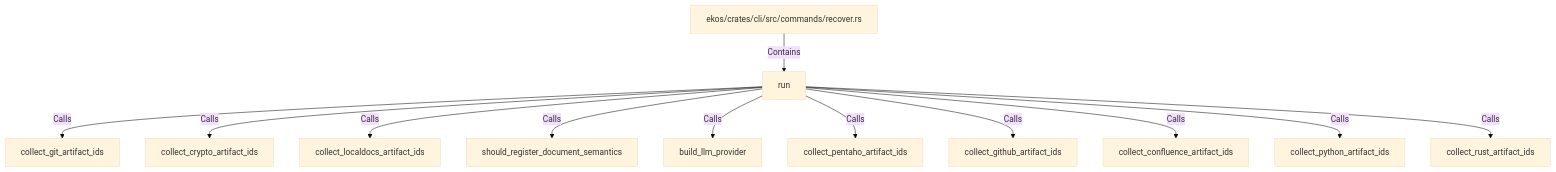
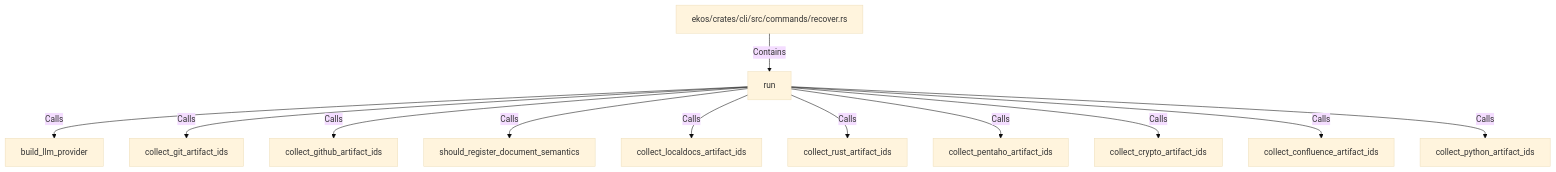
Before and after one commit to alexeyban/EKOS: the diagram in doc/entities/rustsymbol/ru/run-786d5225.md, drawn with Mermaid (base theme). The commit also changed other lines of this file and 552 other files, not shown here.

````diff
--- a/doc/entities/rustsymbol/ru/run-786d5225.md
+++ b/doc/entities/rustsymbol/ru/run-786d5225.md
@@ -30,26 +30,26 @@
 ```mermaid
 graph TD
     n786d52250ff95fff99f92f5d73858f4a["run"]
     n7e02bcf9a7b450998255130d9ef401bb["ekos/crates/cli/src/commands/recover.rs"]
     n7e02bcf9a7b450998255130d9ef401bb -->|Contains| n786d52250ff95fff99f92f5d73858f4a
+    na83c0280990b556cb3750073c876d6af["build_llm_provider"]
+    n786d52250ff95fff99f92f5d73858f4a -->|Calls| na83c0280990b556cb3750073c876d6af
     n56a3b0e71cb15f189df7efc98e4101ea["collect_git_artifact_ids"]
     n786d52250ff95fff99f92f5d73858f4a -->|Calls| n56a3b0e71cb15f189df7efc98e4101ea
+    n0b2fc479d8da54ca969377523aa07f09["collect_github_artifact_ids"]
+    n786d52250ff95fff99f92f5d73858f4a -->|Calls| n0b2fc479d8da54ca969377523aa07f09
+    n474da60918e5510787b2e73fc37fc787["should_register_document_semantics"]
+    n786d52250ff95fff99f92f5d73858f4a -->|Calls| n474da60918e5510787b2e73fc37fc787
+    n4be5dd1369c554619846b55f29c40344["collect_localdocs_artifact_ids"]
+    n786d52250ff95fff99f92f5d73858f4a -->|Calls| n4be5dd1369c554619846b55f29c40344
+    n831dd074421950b5aebb5d99e3558e4d["collect_rust_artifact_ids"]
+    n786d52250ff95fff99f92f5d73858f4a -->|Calls| n831dd074421950b5aebb5d99e3558e4d
+    n06cf6e29711c5b58949fe8676b97964e["collect_pentaho_artifact_ids"]
+    n786d52250ff95fff99f92f5d73858f4a -->|Calls| n06cf6e29711c5b58949fe8676b97964e
     nbbd7195e79995c519ff2ec42bdfd3e44["collect_crypto_artifact_ids"]
     n786d52250ff95fff99f92f5d73858f4a -->|Calls| nbbd7195e79995c519ff2ec42bdfd3e44
-    n4be5dd1369c554619846b55f29c40344["collect_localdocs_artifact_ids"]
-    n786d52250ff95fff99f92f5d73858f4a -->|Calls| n4be5dd1369c554619846b55f29c40344
-    n474da60918e5510787b2e73fc37fc787["should_register_document_semantics"]
-    n786d52250ff95fff99f92f5d73858f4a -->|Calls| n474da60918e5510787b2e73fc37fc787
-    na83c0280990b556cb3750073c876d6af["build_llm_provider"]
-    n786d52250ff95fff99f92f5d73858f4a -->|Calls| na83c0280990b556cb3750073c876d6af
-    n06cf6e29711c5b58949fe8676b97964e["collect_pentaho_artifact_ids"]
-    n786d52250ff95fff99f92f5d73858f4a -->|Calls| n06cf6e29711c5b58949fe8676b97964e
-    n0b2fc479d8da54ca969377523aa07f09["collect_github_artifact_ids"]
-    n786d52250ff95fff99f92f5d73858f4a -->|Calls| n0b2fc479d8da54ca969377523aa07f09
     nca09688ef94c5ba29780d3ebdc04f0e9["collect_confluence_artifact_ids"]
     n786d52250ff95fff99f92f5d73858f4a -->|Calls| nca09688ef94c5ba29780d3ebdc04f0e9
     n37874b81bb325d9989578edf985f969f["collect_python_artifact_ids"]
     n786d52250ff95fff99f92f5d73858f4a -->|Calls| n37874b81bb325d9989578edf985f969f
-    n831dd074421950b5aebb5d99e3558e4d["collect_rust_artifact_ids"]
-    n786d52250ff95fff99f92f5d73858f4a -->|Calls| n831dd074421950b5aebb5d99e3558e4d
 ```
````
